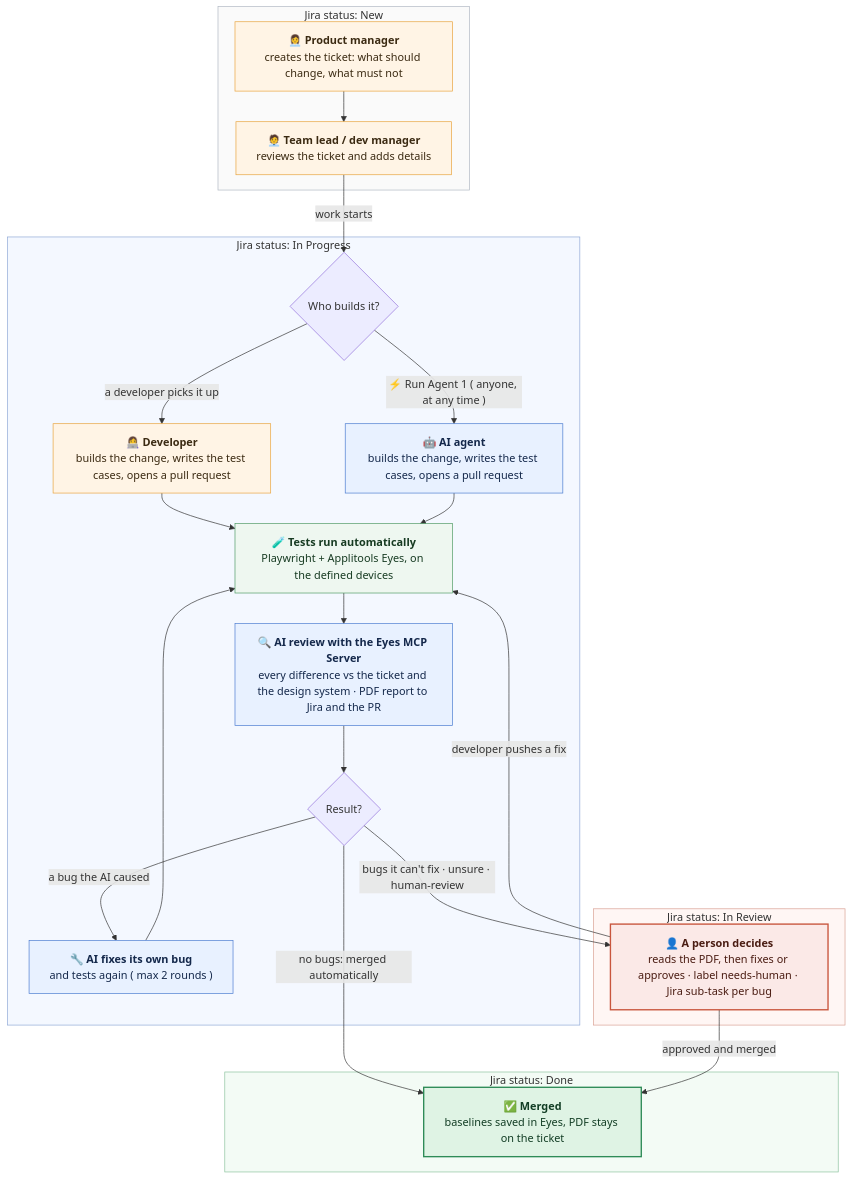
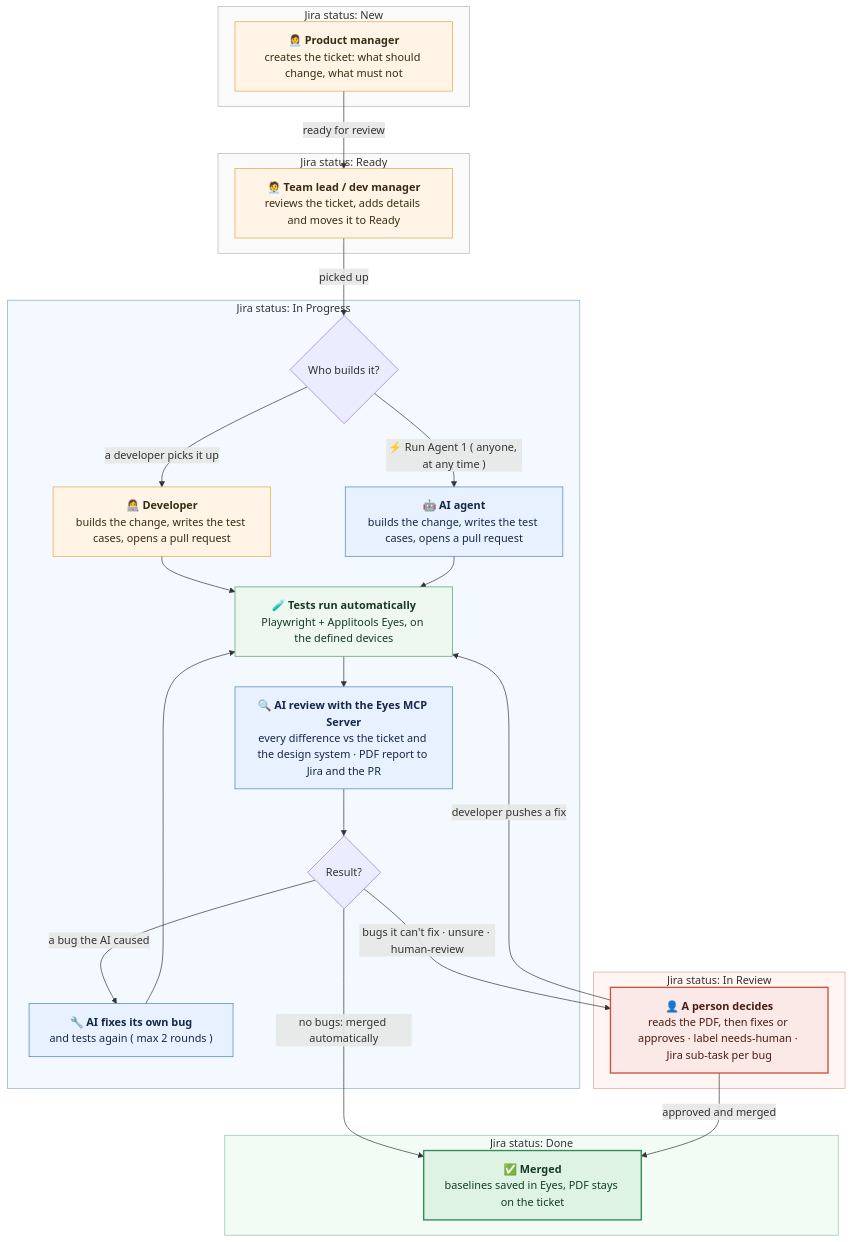
The diagram in docs/images/user-flow.mmd (ssharma007-dev/wikipedia-visual-ci), drawn with Mermaid before and after one commit. The commit also changed 5 other files, not shown here.

First line of the commit message:
Add the Ready status: New → Ready (team lead / dev manager review) → In Progress → In Review → Done

```diff
--- a/docs/images/user-flow.mmd
+++ b/docs/images/user-flow.mmd
@@ -1,51 +1,54 @@
 %%{init: {"flowchart": {"wrappingWidth": 260, "nodeSpacing": 30, "rankSpacing": 45, "curve": "basis"}}}%%
 flowchart TD
     subgraph S1["Jira status: New"]
         A["👩‍💼 <b>Product manager</b><br/>creates the ticket: what should change, what must not"]
-        B["🧑‍💼 <b>Team lead / dev manager</b><br/>reviews the ticket and adds details"]
+    end
+    subgraph S2["Jira status: Ready"]
+        B["🧑‍💼 <b>Team lead / dev manager</b><br/>reviews the ticket, adds details and moves it to Ready"]
     end
     subgraph S3["Jira status: In Progress"]
         C{"Who builds it?"}
         D["👩‍💻 <b>Developer</b><br/>builds the change, writes the test cases, opens a pull request"]
         E["🤖 <b>AI agent</b><br/>builds the change, writes the test cases, opens a pull request"]
         F["🧪 <b>Tests run automatically</b><br/>Playwright + Applitools Eyes, on the defined devices"]
         G["🔍 <b>AI review with the Eyes MCP Server</b><br/>every difference vs the ticket and the design system · PDF report to Jira and the PR"]
         H{"Result?"}
         I["🔧 <b>AI fixes its own bug</b><br/>and tests again ( max 2 rounds )"]
     end
     subgraph S4["Jira status: In Review"]
         J["👤 <b>A person decides</b><br/>reads the PDF, then fixes or approves · label needs-human · Jira sub-task per bug"]
     end
     subgraph S5["Jira status: Done"]
         K["✅ <b>Merged</b><br/>baselines saved in Eyes, PDF stays on the ticket"]
     end
 
-    A --> B
-    B -->|"work starts"| C
+    A -->|"ready for review"| B
+    B -->|"picked up"| C
     C -->|"a developer picks it up"| D
     C -->|"⚡ Run Agent 1 ( anyone, at any time )"| E
     D --> F
     E --> F
     F --> G
     G --> H
     H -->|"no bugs: merged automatically"| K
     H -->|"a bug the AI caused"| I
     I --> F
     H -->|"bugs it can't fix · unsure · human-review"| J
     J -->|"developer pushes a fix"| F
     J -->|"approved and merged"| K
 
     classDef person fill:#FFF4E5,stroke:#E8A33D,color:#3B2A12
     classDef ai fill:#E8F1FF,stroke:#4A7BD0,color:#14284B
     classDef auto fill:#EEF7F0,stroke:#4E9A64,color:#173B22
     classDef good fill:#DFF3E4,stroke:#2E8B57,color:#123D24,stroke-width:2px
     classDef decide fill:#FBE9E7,stroke:#C8553D,color:#4A1C12,stroke-width:2px
     class A,B,D person
     class E,G,I ai
     class F auto
     class K good
     class J decide
     style S1 fill:#FAFAFA,stroke:#B0B7C3
+    style S2 fill:#FAFAFA,stroke:#B0B7C3
     style S3 fill:#F4F8FF,stroke:#8FA8D6
     style S4 fill:#FFF6F4,stroke:#D9A093
     style S5 fill:#F3FBF5,stroke:#8CC29E
```
